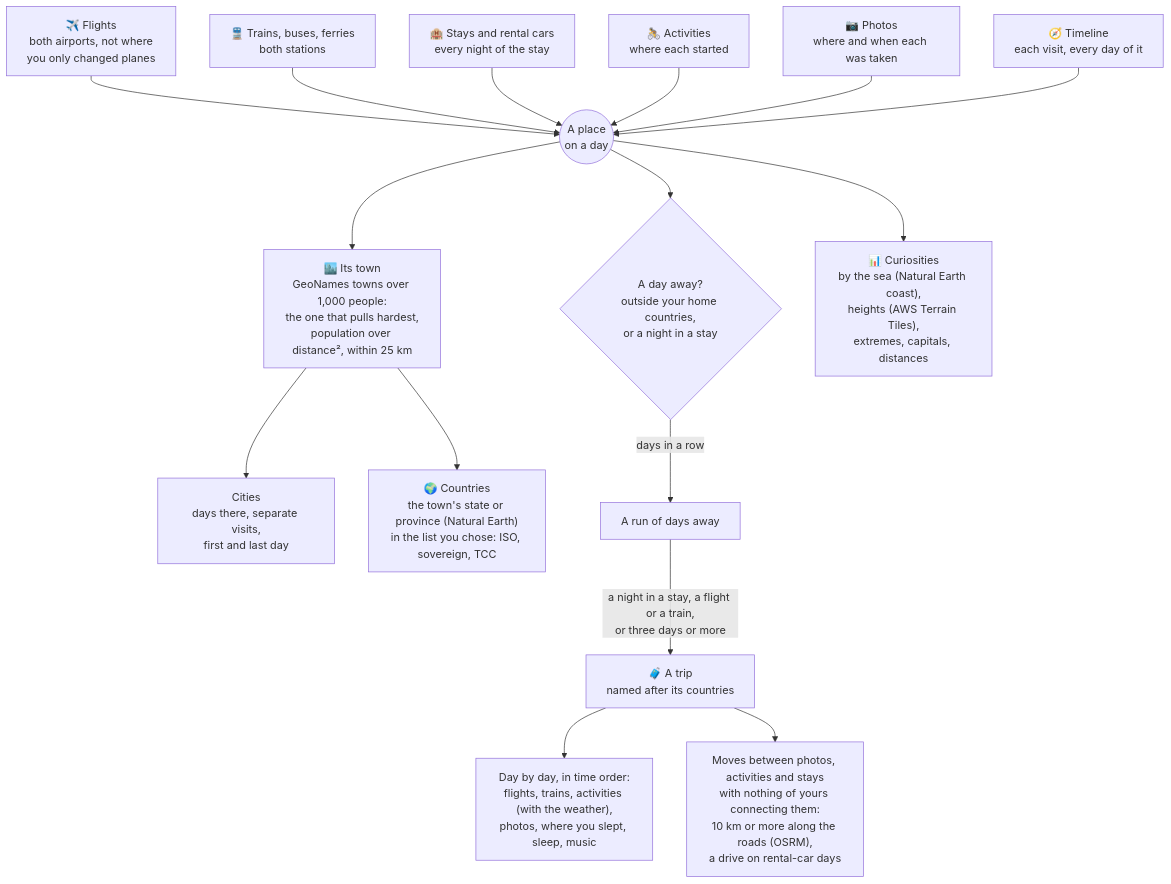
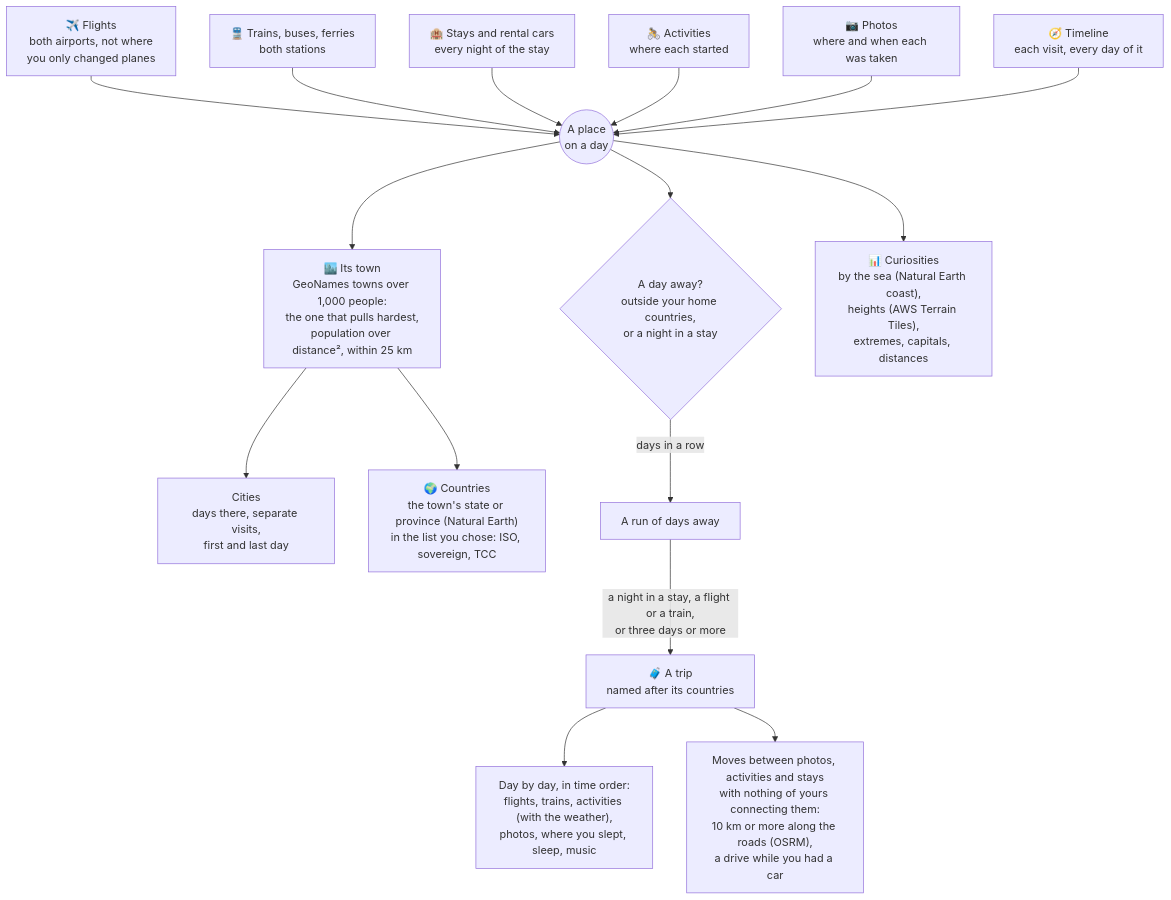
The second of 3 diagrams in README.md (bazilinskyy/cairn), drawn with Mermaid before and after one commit. The commit also changed other lines of this file and 7 other files, not shown here.

````diff
--- a/README.md
+++ b/README.md
@@ -150,18 +150,18 @@
 ```mermaid
 flowchart TB
   f["✈️ Flights<br>both airports, not where<br>you only changed planes"] --> pd
   g["🚆 Trains, buses, ferries<br>both stations"] --> pd
   s["🏨 Stays and rental cars<br>every night of the stay"] --> pd
   a["🚴 Activities<br>where each started"] --> pd
   p["📷 Photos<br>where and when each was taken"] --> pd
   t["🧭 Timeline<br>each visit, every day of it"] --> pd
   pd(("A place<br>on a day")) --> town["🏙️ Its town<br>GeoNames towns over 1,000 people:<br>the one that pulls hardest,<br>population over distance², within 25 km"]
   town --> cities["Cities<br>days there, separate visits,<br>first and last day"]
   town --> countries["🌍 Countries<br>the town's state or province (Natural Earth)<br>in the list you chose: ISO, sovereign, TCC"]
   pd --> away{"A day away?<br>outside your home countries,<br>or a night in a stay"}
   away -->|"days in a row"| run["A run of days away"]
   run -->|"a night in a stay, a flight or a train,<br>or three days or more"| trip["🧳 A trip<br>named after its countries"]
   trip --> story["Day by day, in time order:<br>flights, trains, activities (with the weather),<br>photos, where you slept, sleep, music"]
-  trip --> moves["Moves between photos, activities and stays<br>with nothing of yours connecting them:<br>10 km or more along the roads (OSRM),<br>a drive on rental-car days"]
+  trip --> moves["Moves between photos, activities and stays<br>with nothing of yours connecting them:<br>10 km or more along the roads (OSRM),<br>a drive while you had a car"]
   pd --> curio["📊 Curiosities<br>by the sea (Natural Earth coast),<br>heights (AWS Terrain Tiles),<br>extremes, capitals, distances"]
 ```
````
